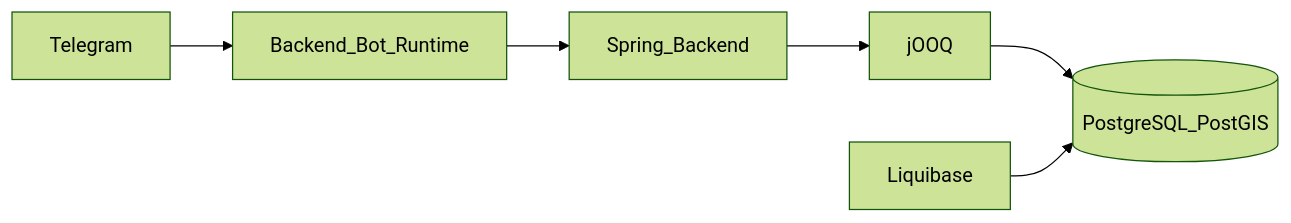
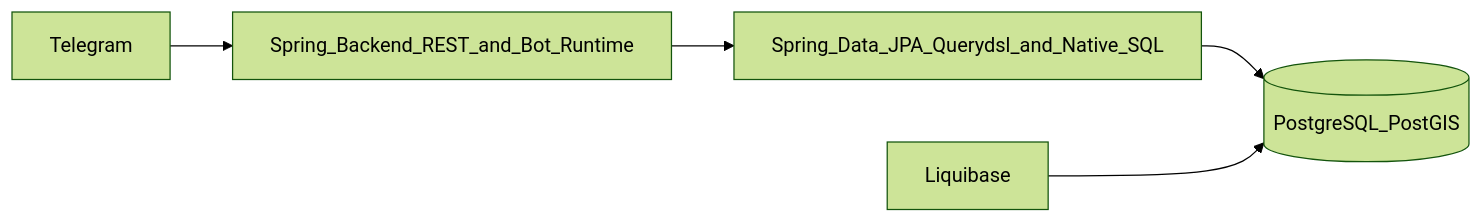
One commit to yayauheny/tutochka-backend changed the diagram in docs/architecture/TECHNICAL_OVERVIEW.md. Above: the diagram before and after it, drawn with Mermaid (forest theme). The commit also changed other lines of this file and 29 other files, not shown here.

Commit message:
Clean up Spring bot migration leftovers

````diff
--- a/docs/architecture/TECHNICAL_OVERVIEW.md
+++ b/docs/architecture/TECHNICAL_OVERVIEW.md
@@ -234,15 +234,13 @@
 ```mermaid
 flowchart LR
   tg[Telegram]
-  bot[Backend_Bot_Runtime]
-  api[Spring_Backend]
-  jooq[jOOQ]
+  app[Spring_Backend_REST_and_Bot_Runtime]
+  repo[Spring_Data_JPA_Querydsl_and_Native_SQL]
   db[(PostgreSQL_PostGIS)]
   lb[Liquibase]
 
-  tg --> bot
-  bot --> api
-  api --> jooq
-  jooq --> db
+  tg --> app
+  app --> repo
+  repo --> db
   lb --> db
 ```
````
